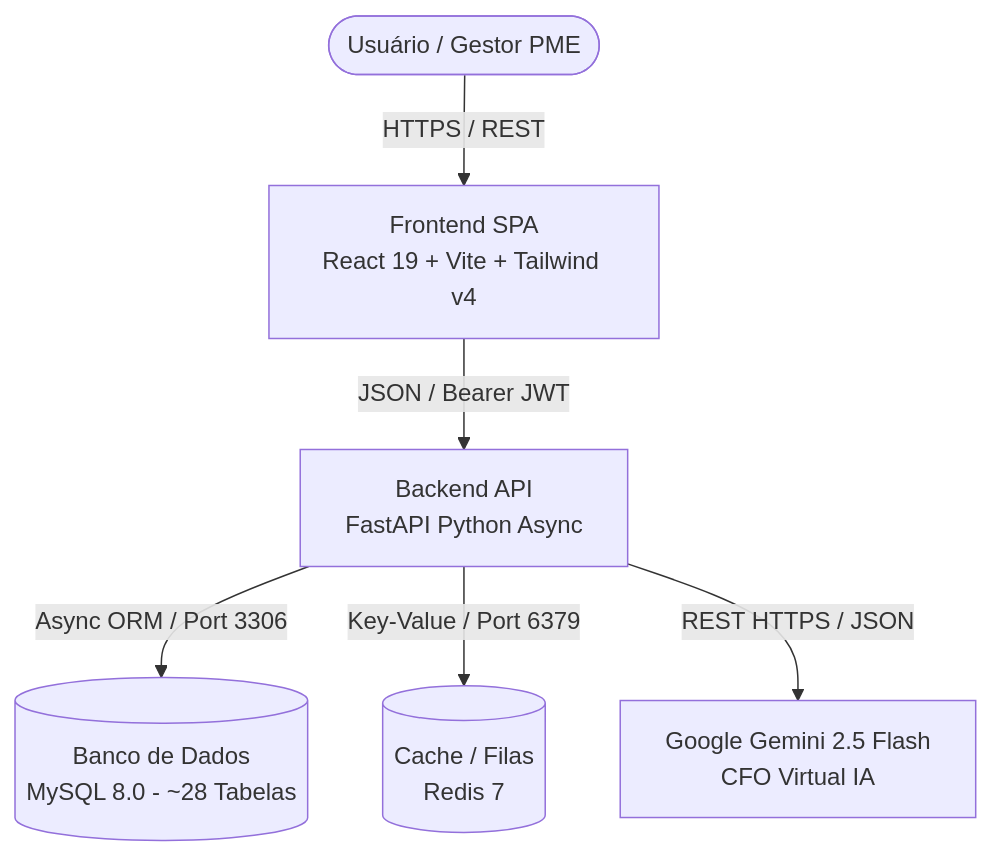
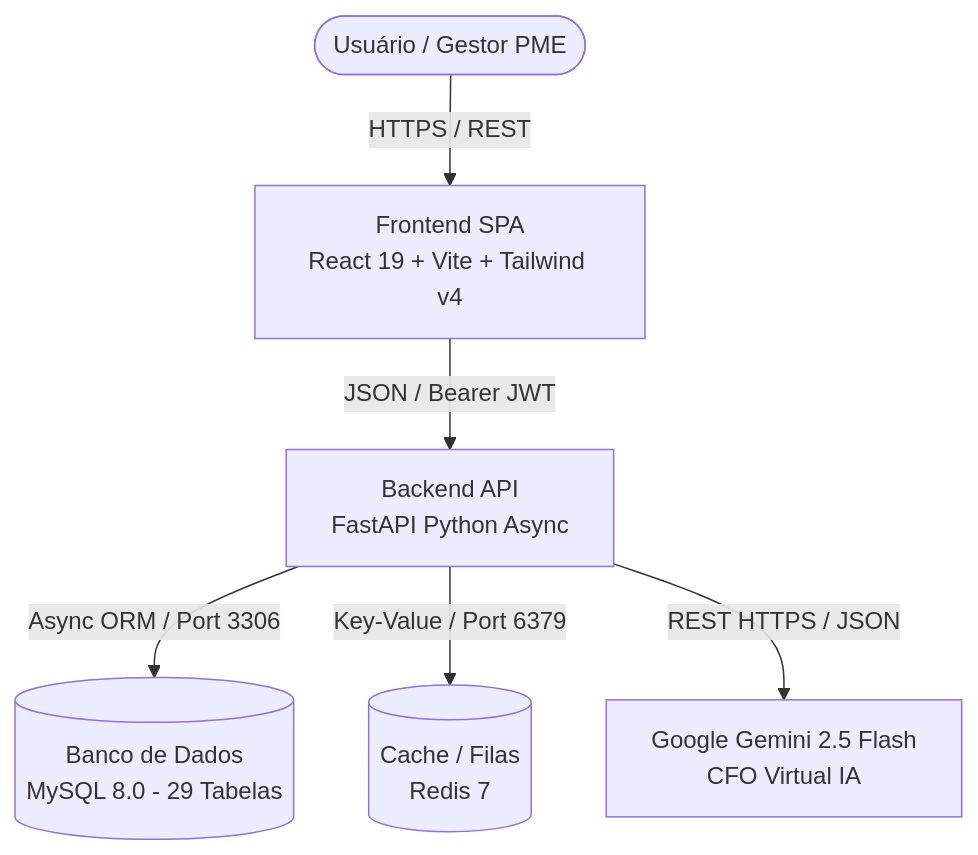
The first of 2 diagrams in docs/arquitetura.md (C-Bucher/Teste), drawn with Mermaid before and after one commit. The commit also changed other lines of this file, not shown here.

````diff
--- a/docs/arquitetura.md
+++ b/docs/arquitetura.md
@@ -13,9 +13,9 @@
 ```mermaid
 graph TD
     User([Usuário / Gestor PME]) -->|HTTPS / REST| Frontend[Frontend SPA\nReact 19 + Vite + Tailwind v4]
     Frontend -->|JSON / Bearer JWT| Backend[Backend API\nFastAPI Python Async]
     
-    Backend -->|Async ORM / Port 3306| MySQL[(Banco de Dados\nMySQL 8.0 - ~28 Tabelas)]
+    Backend -->|Async ORM / Port 3306| MySQL[(Banco de Dados\nMySQL 8.0 - 29 Tabelas)]
     Backend -->|Key-Value / Port 6379| Redis[(Cache / Filas\nRedis 7)]
     Backend -->|REST HTTPS / JSON| GeminiAPI[Google Gemini 2.5 Flash\nCFO Virtual IA]
 ```
````
